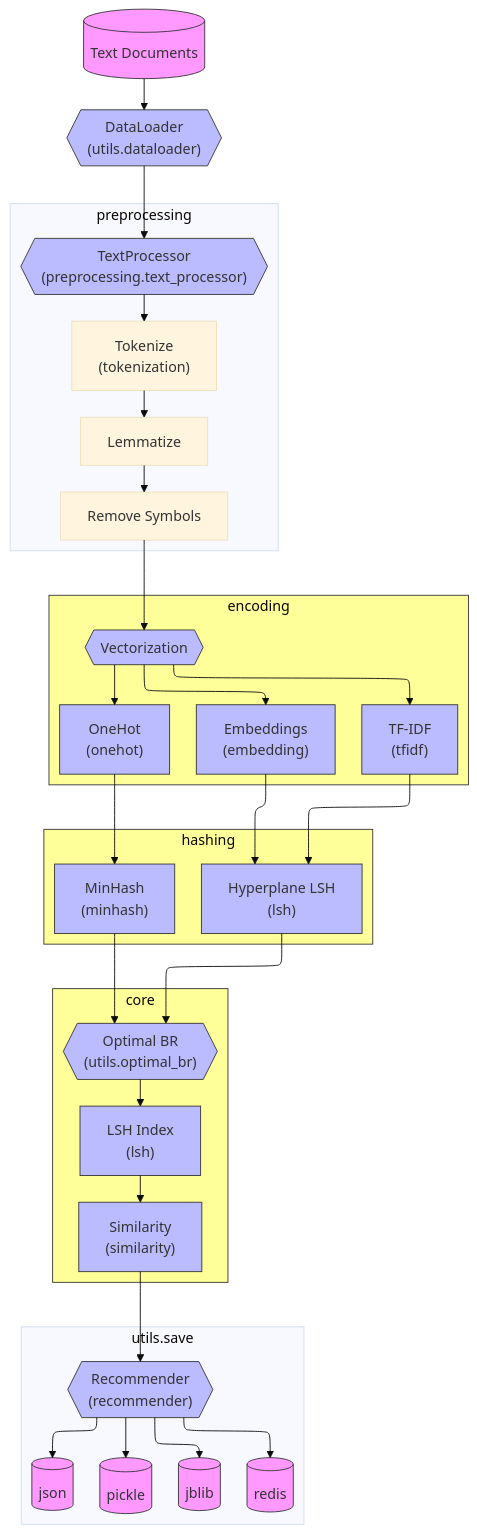
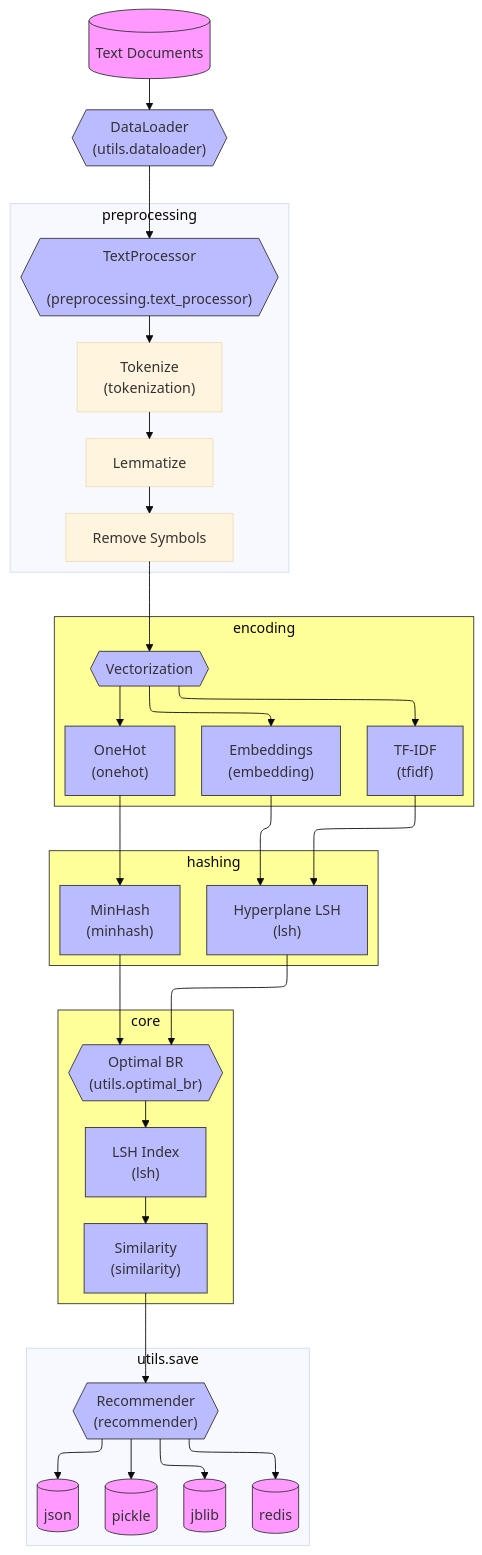
The diagram in docs/architecture.md (mxngjxa/lshrs), drawn with Mermaid before and after one commit. The commit also changed 1 other file, not shown here.

Commit message:
architecture updated

````diff
--- a/docs/architecture.md
+++ b/docs/architecture.md
@@ -1,62 +1,73 @@
 ```mermaid
 ---
 config:
   layout: elk
   theme: base
 ---
 flowchart TD
 
     A[("Text Documents")] --> B{{"DataLoader\n(utils.dataloader)"}}
 
-    B --> C{{"TextProcessor\n(preprocessing.text_processor)"}}
+    B --> C{{"TextProcessor
+    (preprocessing.text_processor)"}}
 
     subgraph Preprocessing[preprocessing]
         direction TB
-        C --> C1["Tokenize\n(tokenization)"]
+        C --> C1["Tokenize
+        (tokenization)"]
         C1 --> C2["Lemmatize"]
         C2 --> C3["Remove Symbols"]
     end
 
     C3 --> D{{"Vectorization"}}
 
     subgraph Encoding[encoding]
         direction LR
-        D --> E1["TF-IDF\n(tfidf)"]
-        D --> E2["Embeddings\n(embedding)"]
-        D --> E3["OneHot\n(onehot)"]
+        D --> E1["TF-IDF
+        (tfidf)"]
+        D --> E2["Embeddings
+        (embedding)"]
+        D --> E3["OneHot
+        (onehot)"]
     end
 
     subgraph Hashing[hashing]
         direction TB
-        E1 & E2 --> F1["Hyperplane LSH\n(lsh)"]
-        E3 --> F2["MinHash\n(minhash)"]
+        E1 & E2 --> F1["Hyperplane LSH
+        (lsh)"]
+        E3 --> F2["MinHash
+        (minhash)"]
     end
 
-    F1 & F2 --> G{{"Optimal BR\n(utils.optimal_br)"}}
+    F1 & F2 --> G{{"Optimal BR
+    (utils.optimal_br)"}}
     
     subgraph Core[core]
         direction RL
-        G --> H1["LSH Index\n(lsh)"]
-        H1 --> H2["Similarity\n(similarity)"]
+        G --> H1["LSH Index
+        (lsh)"]
+        H1 --> H2["Similarity
+        (similarity)"]
     end
 
-    H2 --> I{{"Recommender\n(recommender)"}}
+    H2 --> I{{"Recommender
+    (recommender)"}}
 
     subgraph Persistence[utils.save]
         direction TB
         I --> J1[("pickle")]
         I --> J2[("jblib")]
         I --> J3[("json")]
         I --> J4[("redis")]
     end
 
     classDef data fill:#f9f,stroke:#333
     classDef process fill:#bbf,stroke:#333
     classDef interface fill:#ff9,stroke:#333
     class A,J1,J2,J3,J4 data
     class B,C,D,E1,E2,E3,F1,F2,G,H1,H2,I process
     class Core,Encoding,Hashing interface
 
     click B "https://github.com/yourrepo/lshrs/blob/main/src/lshrs/utils/dataloader.py" "DataLoader source"
     click C "https://github.com/yourrepo/lshrs/blob/main/src/lshrs/preprocessing/text_processor.py" "TextProcessor source"
 ```
````
